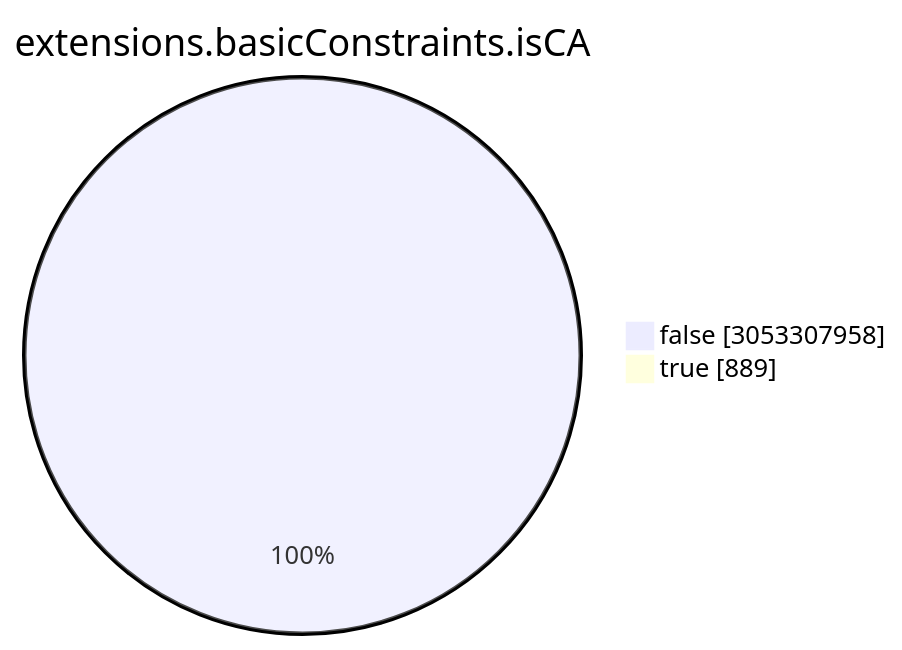
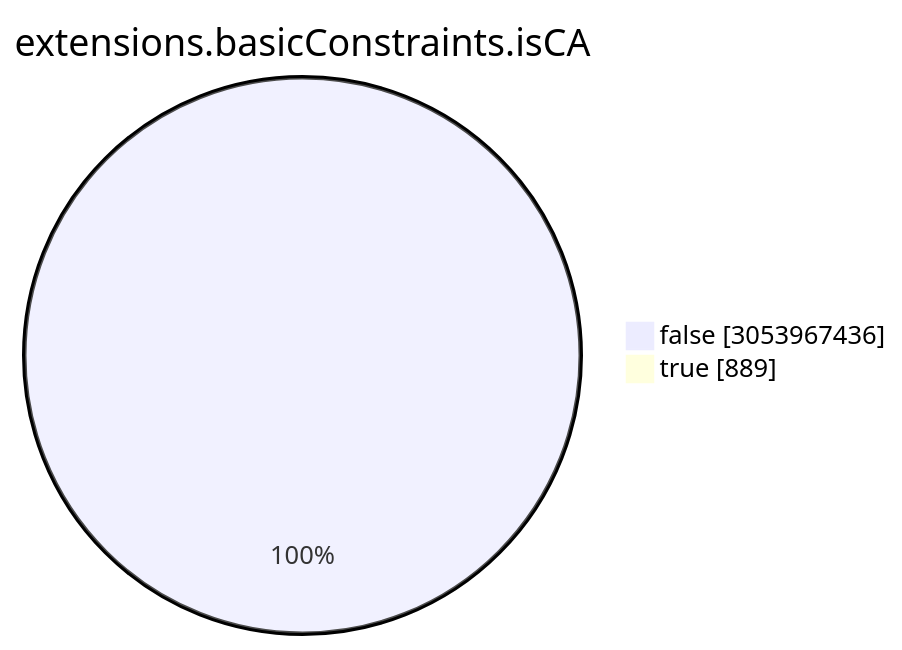
The seventh of 15 diagrams in TOTAL/README.md (christiankrug/ctmonitor_visualization), drawn with Mermaid before and after one commit. The commit also changed other lines of this file, not shown here.

````diff
--- a/TOTAL/README.md
+++ b/TOTAL/README.md
@@ -3088,6 +3088,6 @@
 ```mermaid
 pie showData
 title extensions.basicConstraints.isCA
-"false" :3053307958
+"false" :3053967436
 "true" :889
 ```
````
